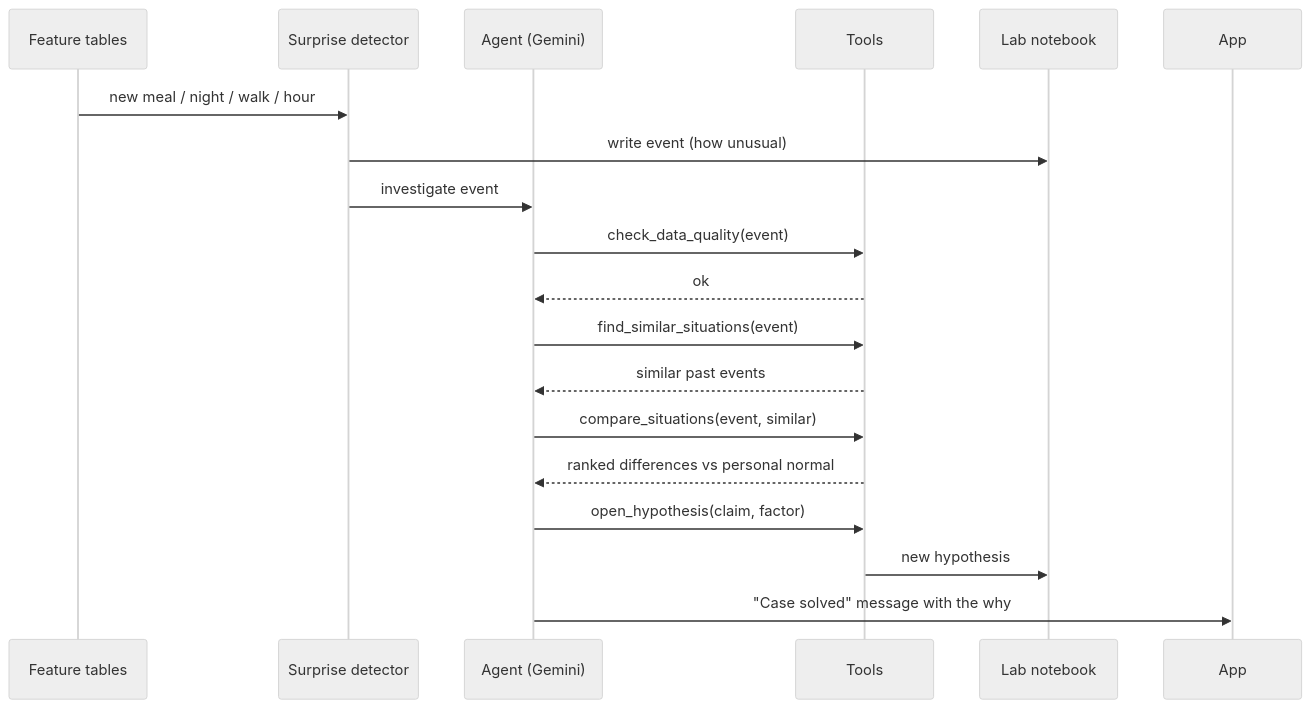
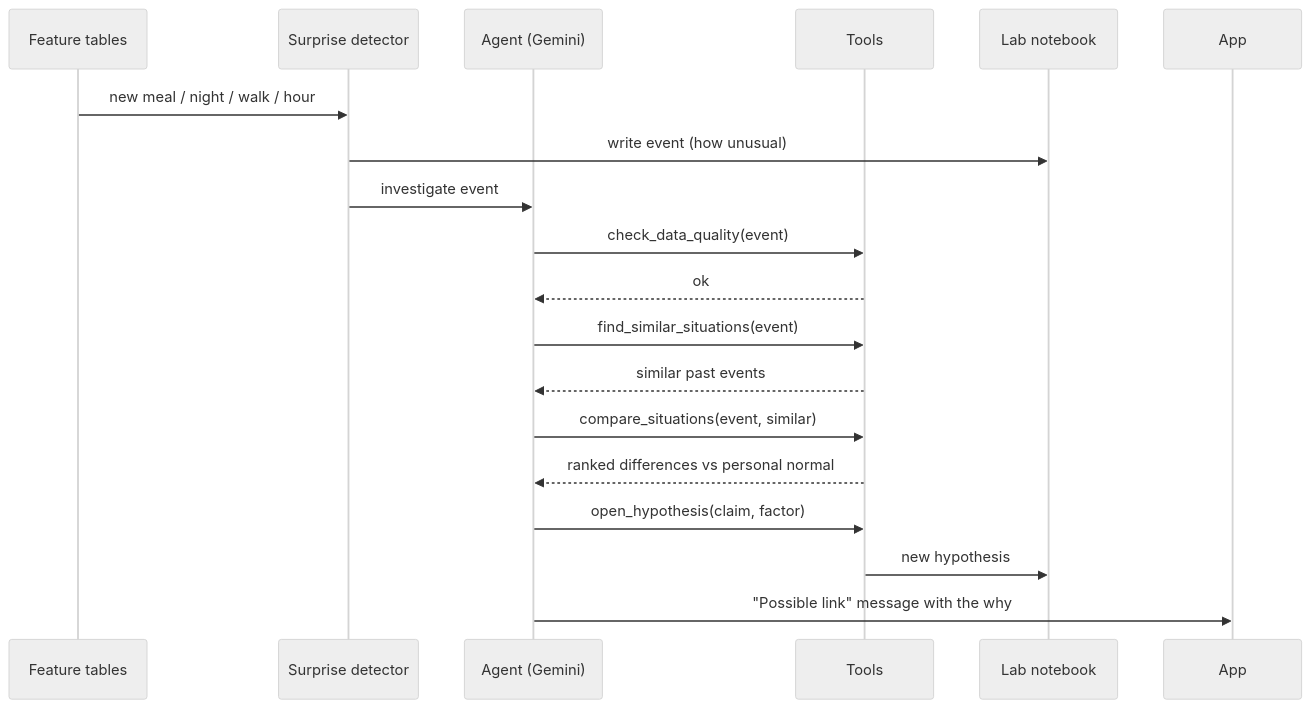
The third of 4 diagrams in README.md (bestinlalu/wolfpack-proj), drawn with Mermaid (neutral theme) before and after one commit. The commit also changed other lines of this file and 4 other files, not shown here.

````diff
--- a/README.md
+++ b/README.md
@@ -204,22 +204,22 @@
 ```mermaid
 sequenceDiagram
     participant S as Feature tables
     participant D as Surprise detector
     participant A as Agent (Gemini)
     participant T as Tools
     participant N as Lab notebook
     participant U as App
 
     S->>D: new meal / night / walk / hour
     D->>N: write event (how unusual)
     D->>A: investigate event
     A->>T: check_data_quality(event)
     T-->>A: ok
     A->>T: find_similar_situations(event)
     T-->>A: similar past events
     A->>T: compare_situations(event, similar)
     T-->>A: ranked differences vs personal normal
     A->>T: open_hypothesis(claim, factor)
     T->>N: new hypothesis
-    A->>U: "Case solved" message with the why
+    A->>U: "Possible link" message with the why
 ```
````
